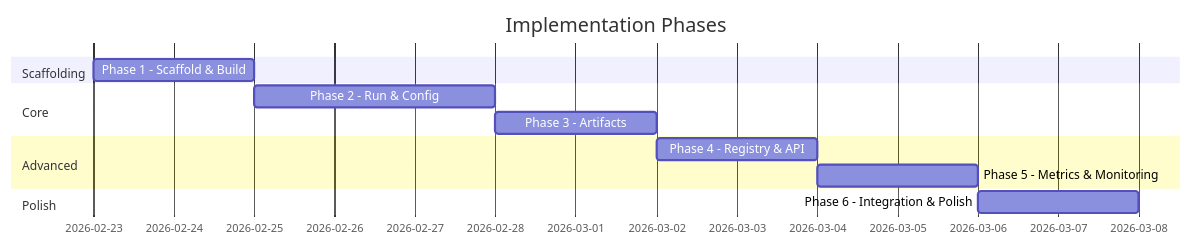
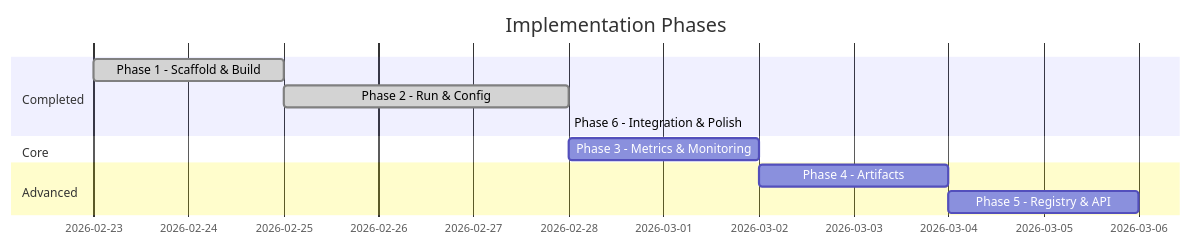
One commit to patricka3125/wandb_client changed the diagram in docs/roadmap.md. Above: the diagram before and after it, drawn with Mermaid. The commit also changed other lines of this file and 11 other files, not shown here.

````diff
--- a/docs/roadmap.md
+++ b/docs/roadmap.md
@@ -129,15 +127,14 @@
 ```mermaid
 gantt
     title Implementation Phases
     dateFormat  YYYY-MM-DD
-    section Scaffolding
-    Phase 1 - Scaffold & Build     :p1, 2026-02-23, 2d
+    section Completed
+    Phase 1 - Scaffold & Build     :done, p1, 2026-02-23, 2d
+    Phase 2 - Run & Config         :done, p2, after p1, 3d
+    Phase 6 - Integration & Polish :done, p6, after p2, 0d
     section Core
-    Phase 2 - Run & Config         :p2, after p1, 3d
-    Phase 3 - Artifacts            :p3, after p2, 2d
+    Phase 3 - Metrics & Monitoring :p5, after p6, 2d
     section Advanced
-    Phase 4 - Registry & API       :p4, after p3, 2d
-    Phase 5 - Metrics & Monitoring :p5, after p4, 2d
-    section Polish
-    Phase 6 - Integration & Polish :p6, after p5, 2d
+    Phase 4 - Artifacts            :p3, after p5, 2d
+    Phase 5 - Registry & API       :p4, after p3, 2d
 ```
````
